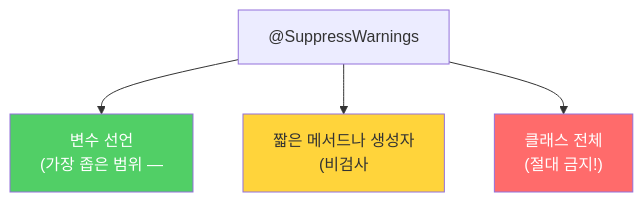
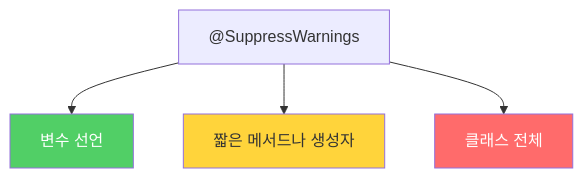
One commit to yjkim2015/yjkim2015.github.io changed the second of 2 diagrams in _posts/java/2022-01-05-effective-java27.md. Above: the diagram before and after it, drawn with Mermaid. The commit also changed other lines of this file and 217 other files, not shown here.

First line of the commit message:
Mermaid 크기 수정: useMaxWidth:true + SVG max-width:100% + 라벨 축소

````diff
--- a/_posts/java/2022-01-05-effective-java27.md
+++ b/_posts/java/2022-01-05-effective-java27.md
@@ -102,9 +102,9 @@
 ```mermaid
 graph TD
-    A["@SuppressWarnings"] --> B["변수 선언\n(가장 좁은 범위 —"]
-    A --> C["짧은 메서드나 생성자\n(비검사"]
-    A --> D["클래스 전체\n(절대 금지!)"]
+    A["@SuppressWarnings"] --> B["변수 선언"]
+    A --> C["짧은 메서드나 생성자"]
+    A --> D["클래스 전체"]
     style B fill:#51cf66,color:#fff
     style C fill:#ffd43b
     style D fill:#ff6b6b,color:#fff
 ```
````
